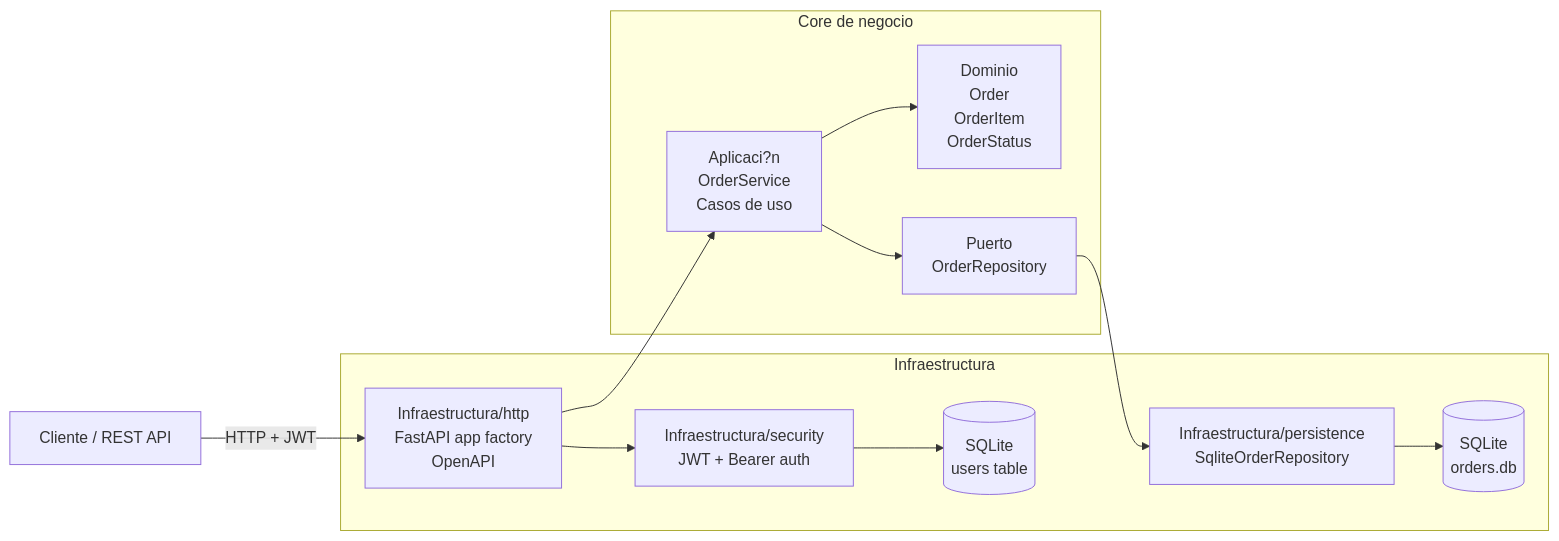
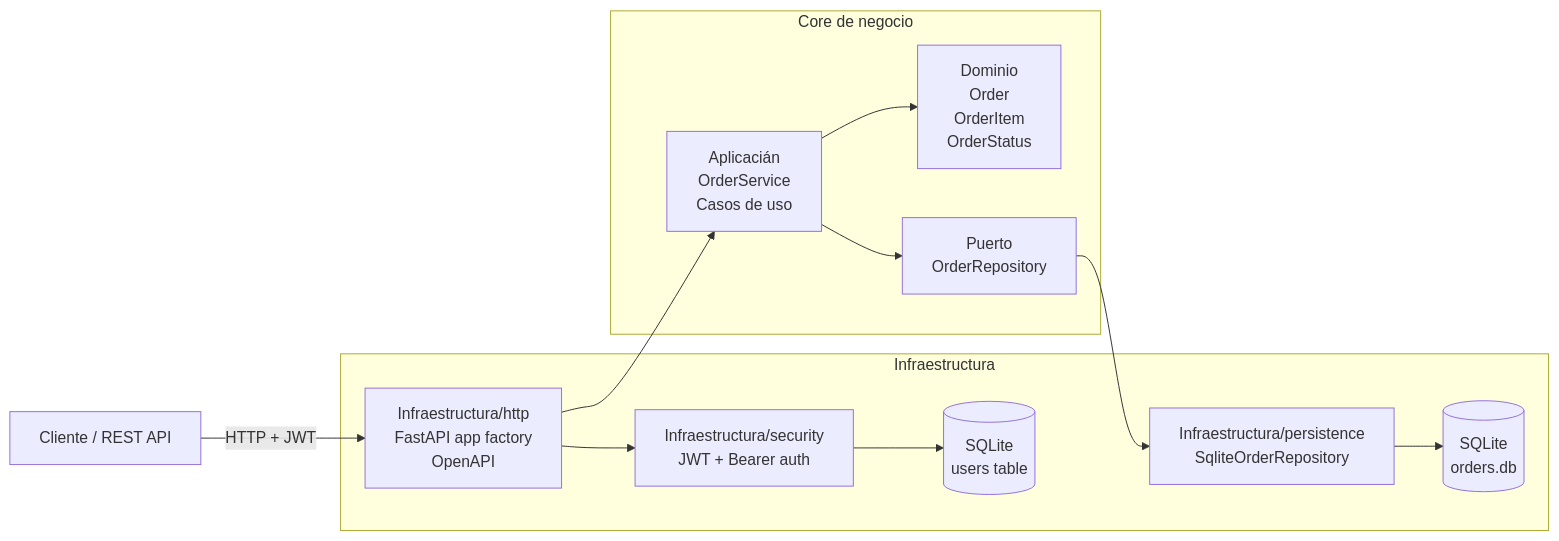
The diagram in README_new.md (MarcosMarquezOvalle/Proyecto_Final), drawn with Mermaid before and after one commit. The commit also changed other lines of this file, not shown here.

````diff
--- a/README_new.md
+++ b/README_new.md
@@ -16,39 +16,39 @@
 ```mermaid
 flowchart LR
     Client[Cliente / REST API] -->|HTTP + JWT| HTTP[Infraestructura/http
 FastAPI app factory
 OpenAPI]
     HTTP --> Auth[Infraestructura/security
 JWT + Bearer auth]
-    HTTP --> UseCase[Aplicaci?n
+    HTTP --> UseCase[Aplicacián
 OrderService
 Casos de uso]
 
     UseCase --> Domain[Dominio
 Order
 OrderItem
 OrderStatus]
     UseCase --> Port[Puerto
 OrderRepository]
 
     Port --> Repo[Infraestructura/persistence
 SqliteOrderRepository]
     Repo --> DB[(SQLite
 orders.db)]
     Auth --> Users[(SQLite
 users table)]
 
     subgraph InfrastructureLayer[Infraestructura]
         HTTP
         Auth
         Repo
         DB
         Users
     end
 
     subgraph CoreLayer[Core de negocio]
         UseCase
         Domain
         Port
     end
 ```
````
